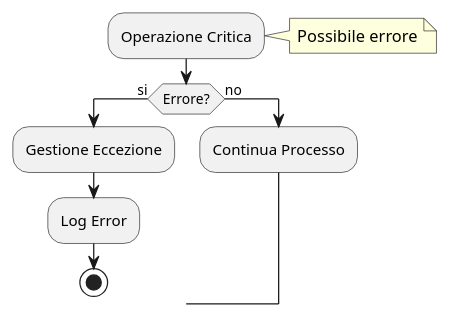
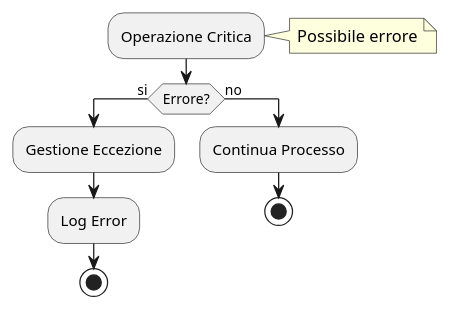
The diagram in 03-behavioral-diagrams/activity-diagrams/INSTRUCTIONS.md (Seniorsimo/sas-template), drawn with PlantUML before and after one commit. The commit also changed 6 other files, not shown here.

Commit message:
Update non-functional acceptance criteria instructions; add file naming conventions and enhance activity diagram guidelines

````diff
--- a/03-behavioral-diagrams/activity-diagrams/INSTRUCTIONS.md
+++ b/03-behavioral-diagrams/activity-diagrams/INSTRUCTIONS.md
@@ -48,12 +48,13 @@
 ```plantuml
 |Sistema|
 :Operazione Critica;
 note right: Possibile errore
 if (Errore?) then (si)
   :Gestione Eccezione;
   :Log Error;
   stop
 else (no)
   :Continua Processo;
+  stop
 endif
 ```
````
